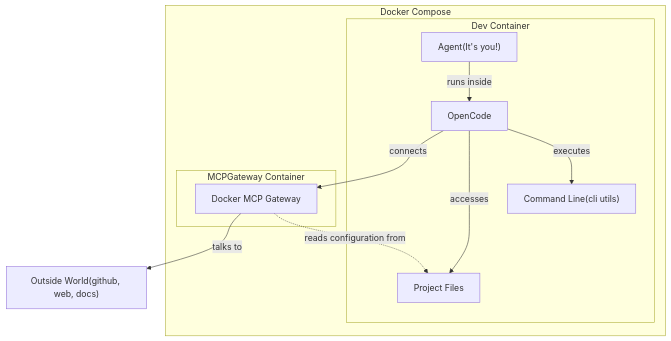
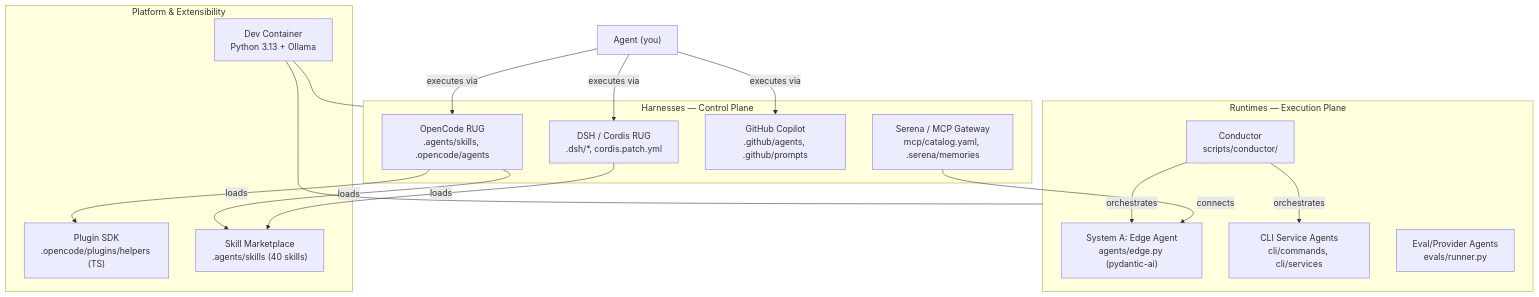
One commit to Th3Un1q3/edgent-smith changed the diagram in AGENTS.md. Above: the diagram before and after it, drawn with Mermaid. The commit also changed other lines of this file and 7 other files, not shown here.

````diff
--- a/AGENTS.md
+++ b/AGENTS.md
@@ -11,22 +12,32 @@
 ```mermaid
 flowchart TB
-    subgraph devContainer["Dev Container"]
-        Agent["Agent(It's you!)"]
-        OpenCode["OpenCode"]
-        ProjectFiles["Project Files"]
-        commandLine["Command Line(cli utils)"]
+    subgraph harnesses["Harnesses — Control Plane"]
+        OpenCode["OpenCode RUG\n.agents/skills, .opencode/agents"]
+        DSH["DSH / Cordis RUG\n.dsh/*, cordis.patch.yml"]
+        Copilot["GitHub Copilot\n.github/agents, .github/prompts"]
+        Serena["Serena / MCP Gateway\nmcp/catalog.yaml, .serena/memories"]
     end
-    subgraph mcpContainer["MCPGateway Container"]
-        MCPGateway["Docker MCP Gateway"]
+    subgraph runtimes["Runtimes — Execution Plane"]
+        EdgeA["System A: Edge Agent\nagents/edge.py (pydantic-ai)"]
+        CLI["CLI Service Agents\ncli/commands, cli/services"]
+        Evals["Eval/Provider Agents\nevals/runner.py"]
+        Conductor["Conductor\nscripts/conductor/"]
     end
-    subgraph dockerCompose["Docker Compose"]
-        devContainer
-        mcpContainer
+    subgraph platform["Platform & Extensibility"]
+        DevContainer["Dev Container\nPython 3.13 + Ollama"]
+        PluginSDK["Plugin SDK\n.opencode/plugins/helpers (TS)"]
+        Skills["Skill Marketplace\n.agents/skills (40 skills)"]
     end
-    Agent -- runs inside --> OpenCode
-    MCPGateway -- talks to --> OutsideWorld["Outside World(github, web, docs)"]
-    MCPGateway -. reads configuration from .-> ProjectFiles
-    OpenCode -- connects --> MCPGateway
-    OpenCode -- accesses --> ProjectFiles
-    OpenCode -- executes --> commandLine
+    Agent["Agent (you)"] -- executes via --> OpenCode
+    Agent -- executes via --> DSH
+    Agent -- executes via --> Copilot
+    Conductor -- orchestrates --> EdgeA
+    Conductor -- orchestrates --> CLI
+    OpenCode -- loads --> PluginSDK
+    OpenCode -- loads --> Skills
+    DSH -- loads --> Skills
+    Serena -- connects --> EdgeA
+    DevContainer --- harnesses
+    DevContainer --- runtimes
+    DevContainer --- platform
 ```
````
